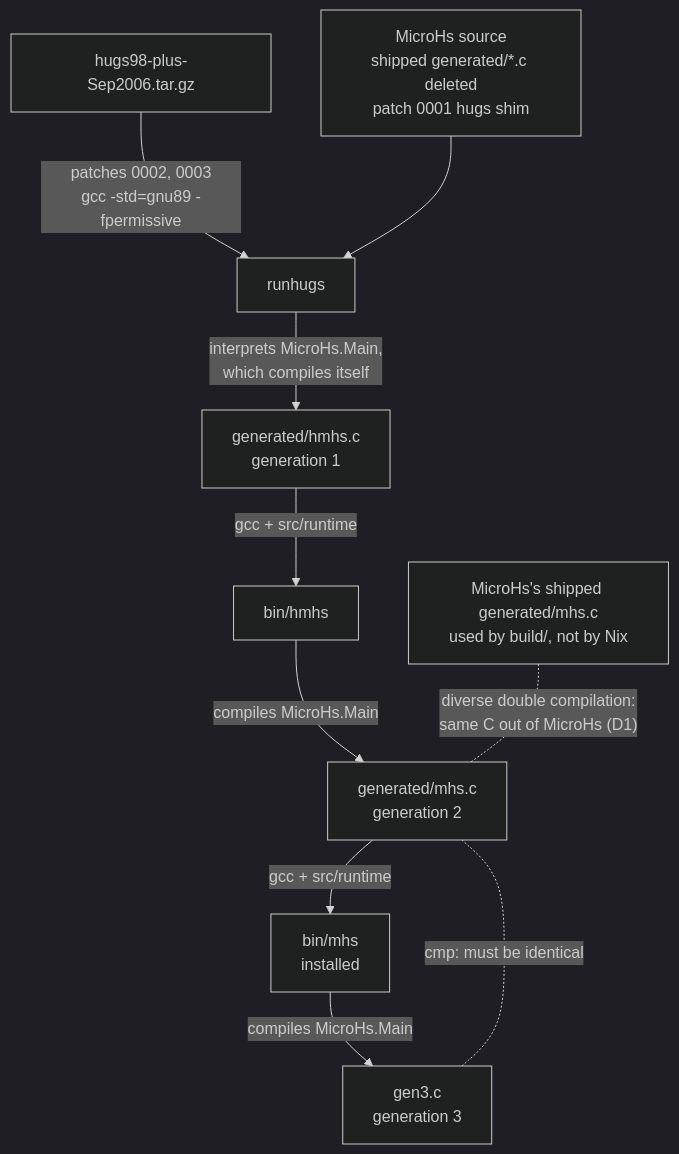
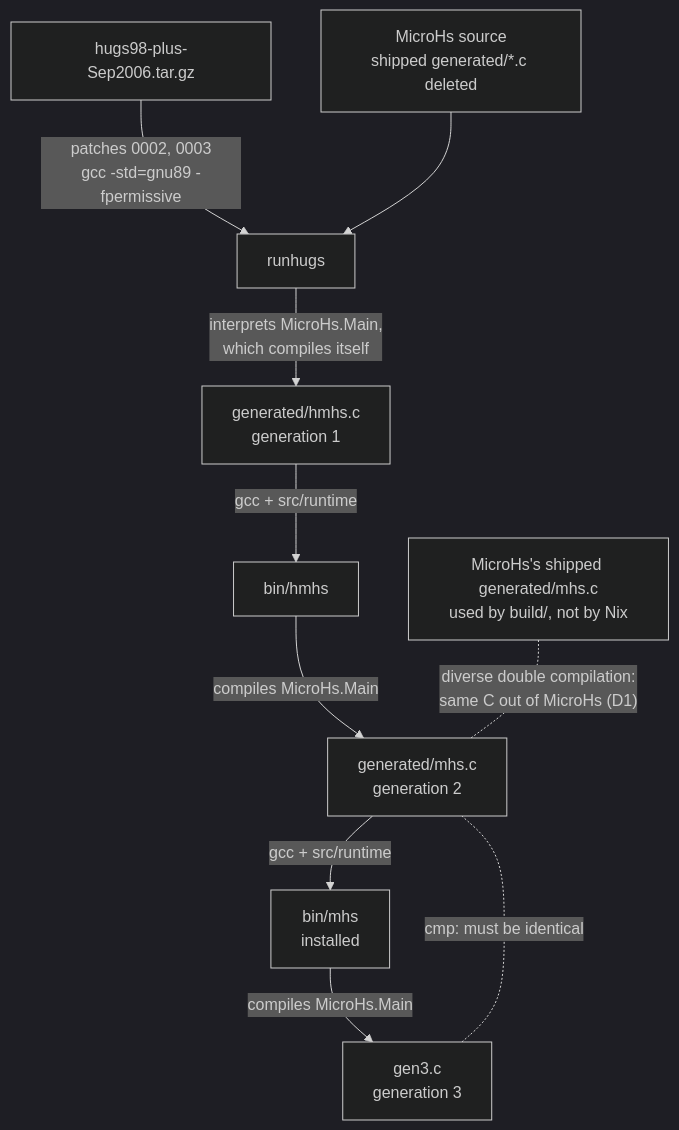
The second of 5 diagrams in DIAGRAMS.md (andreabedini/ghc-bootstrap), drawn with Mermaid (dark theme) before and after one commit. The commit also changed 7 other files, not shown here.

````diff
--- a/DIAGRAMS.md
+++ b/DIAGRAMS.md
@@ -37,12 +37,12 @@
 ```mermaid
 flowchart TB
     htar["hugs98-plus-Sep2006.tar.gz"] -->|"patches 0002, 0003<br/>gcc -std=gnu89 -fpermissive"| hugs["runhugs"]
-    msrc["MicroHs source<br/>shipped generated/*.c deleted<br/>patch 0001 hugs shim"] --> hugs
+    msrc["MicroHs source<br/>shipped generated/*.c deleted"] --> hugs
     hugs -->|"interprets MicroHs.Main,<br/>which compiles itself"| gen1["generated/hmhs.c<br/>generation 1"]
     gen1 -->|"gcc + src/runtime"| hmhs["bin/hmhs"]
     hmhs -->|"compiles MicroHs.Main"| gen2["generated/mhs.c<br/>generation 2"]
     gen2 -->|"gcc + src/runtime"| mhs["bin/mhs<br/>installed"]
     mhs -->|"compiles MicroHs.Main"| gen3["gen3.c<br/>generation 3"]
     gen3 -. "cmp: must be identical" .- gen2
     seed["MicroHs's shipped generated/mhs.c<br/>used by build/, not by Nix"] -. "diverse double compilation:<br/>same C out of MicroHs (D1)" .- gen2
 ```
````
